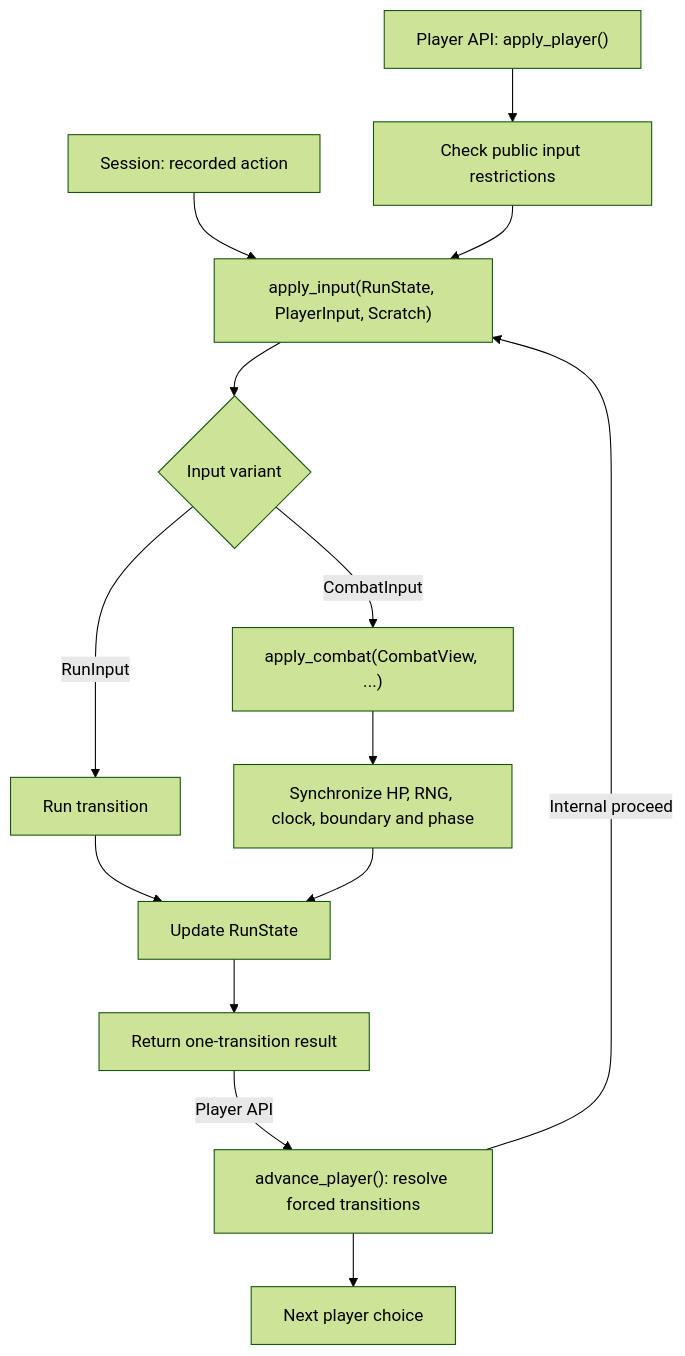
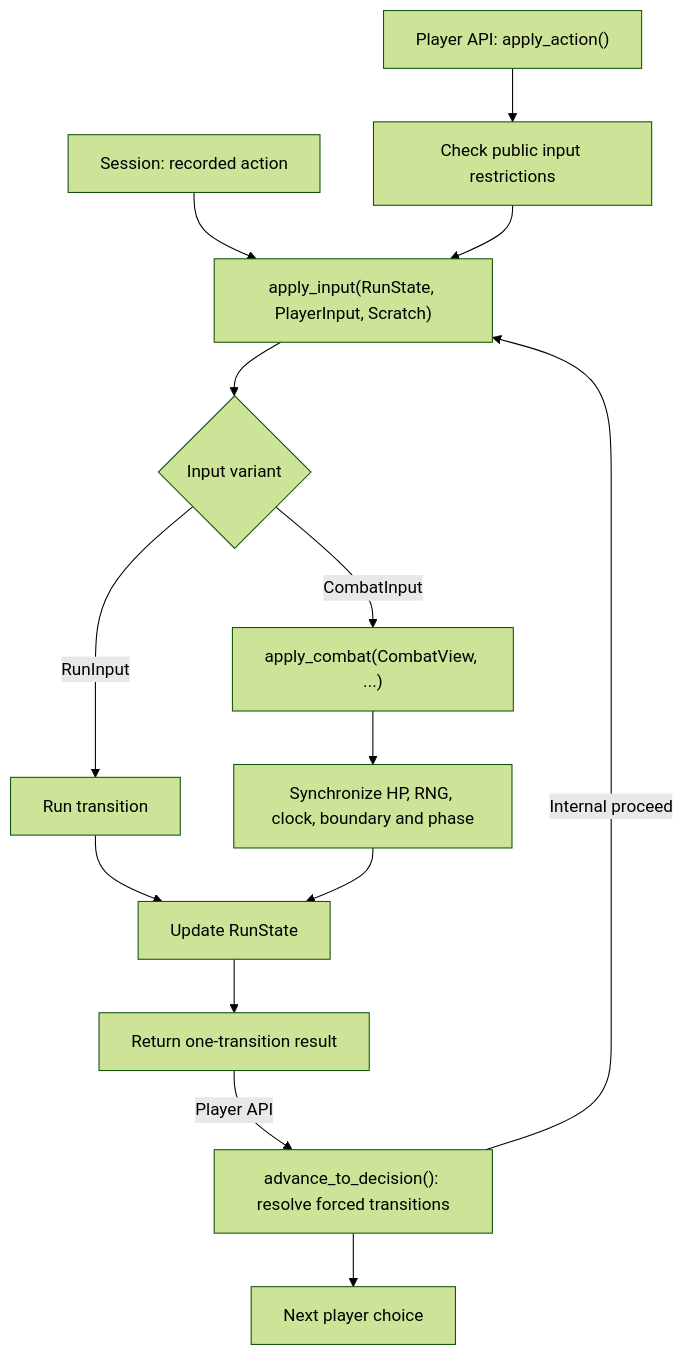
One commit to TonyinBio/sts2-cpp changed the diagram in simulator-input-flow.mmd. Above: the diagram before and after it, drawn with Mermaid (forest theme). The commit also changed 20 other files, not shown here.

```diff
--- a/simulator-input-flow.mmd
+++ b/simulator-input-flow.mmd
@@ -1,17 +1,17 @@
 flowchart TD
-    Player["Player API: apply_player()"] --> Validate["Check public input restrictions"]
+    Player["Player API: apply_action()"] --> Validate["Check public input restrictions"]
     Replay["Session: recorded action"] --> Input["apply_input(RunState, PlayerInput, Scratch)"]
     Validate --> Input
 
     Input --> Kind{"Input variant"}
     Kind -->|RunInput| Run["Run transition"]
     Kind -->|CombatInput| Combat["apply_combat(CombatView, ...)"]
 
     Run --> State["Update RunState"]
     Combat --> Sync["Synchronize HP, RNG, clock, boundary and phase"]
     Sync --> State
 
     State --> Return["Return one-transition result"]
-    Return -->|Player API| Advance["advance_player(): resolve forced transitions"]
+    Return -->|Player API| Advance["advance_to_decision(): resolve forced transitions"]
     Advance -->|Internal proceed| Input
     Advance --> Choice["Next player choice"]
```
